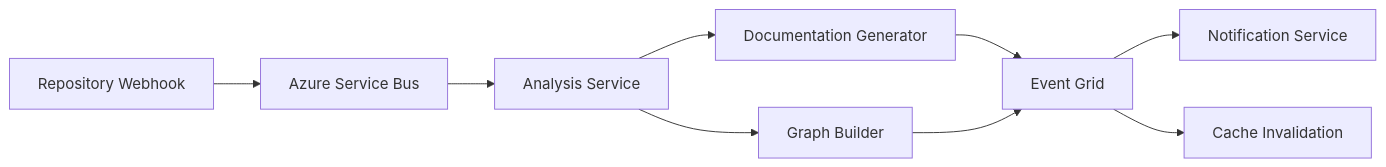
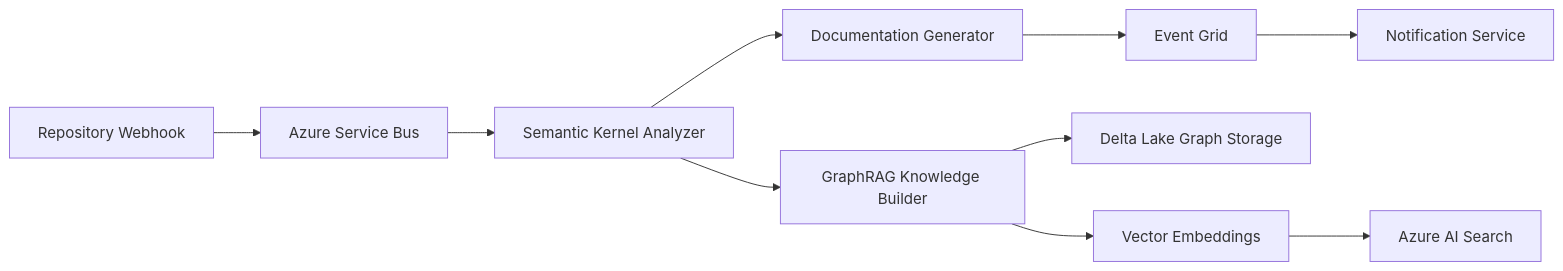
Before and after one commit to benjamin-johnston-work/claude-agentic-patterns-template: the second of 2 diagrams in docs/architecture-plan.md, drawn with Mermaid. The commit also changed other lines of this file and 3 other files, not shown here.

````diff
--- a/docs/architecture-plan.md
+++ b/docs/architecture-plan.md
@@ -128,11 +156,12 @@
 ```mermaid
 graph LR
     A[Repository Webhook] --> B[Azure Service Bus]
-    B --> C[Analysis Service]
+    B --> C[Semantic Kernel Analyzer]
     C --> D[Documentation Generator]
-    C --> E[Graph Builder]
+    C --> E[GraphRAG Knowledge Builder]
     D --> F[Event Grid]
-    E --> F
-    F --> G[Notification Service]
-    F --> H[Cache Invalidation]
+    E --> G[Delta Lake Graph Storage]
+    E --> H[Vector Embeddings]
+    F --> I[Notification Service]
+    H --> J[Azure AI Search]
 ```
````
